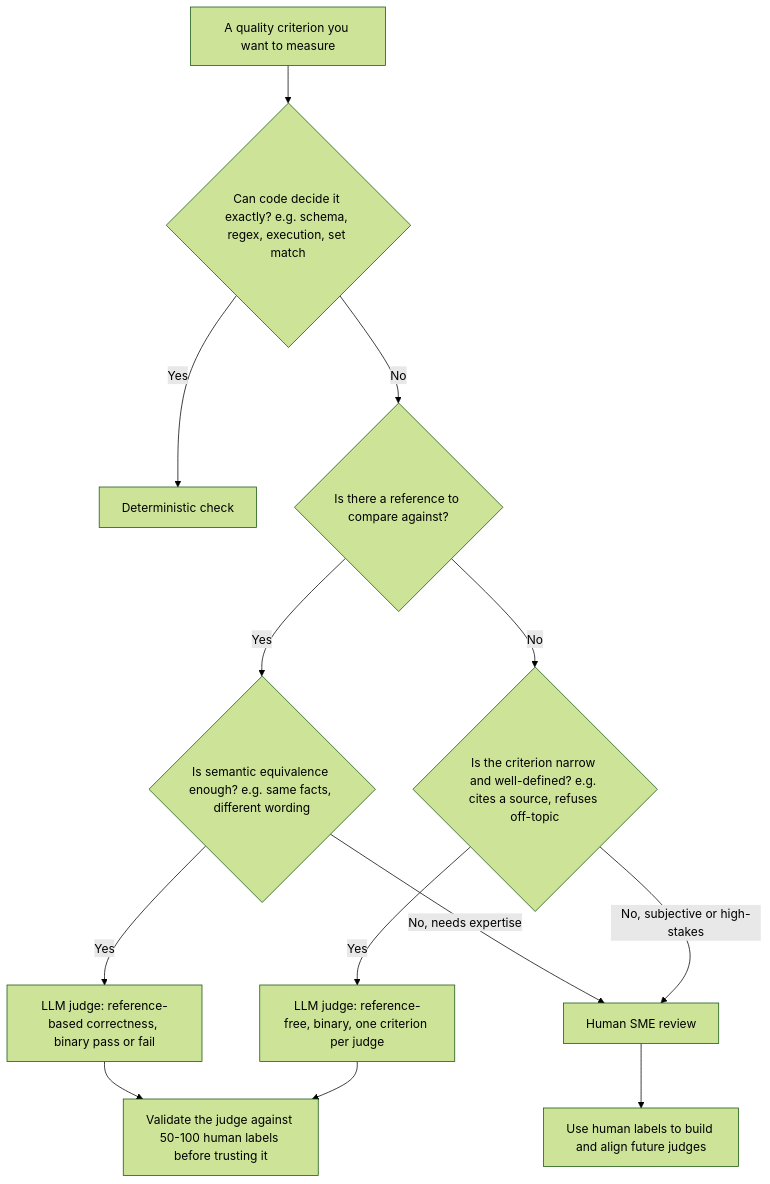
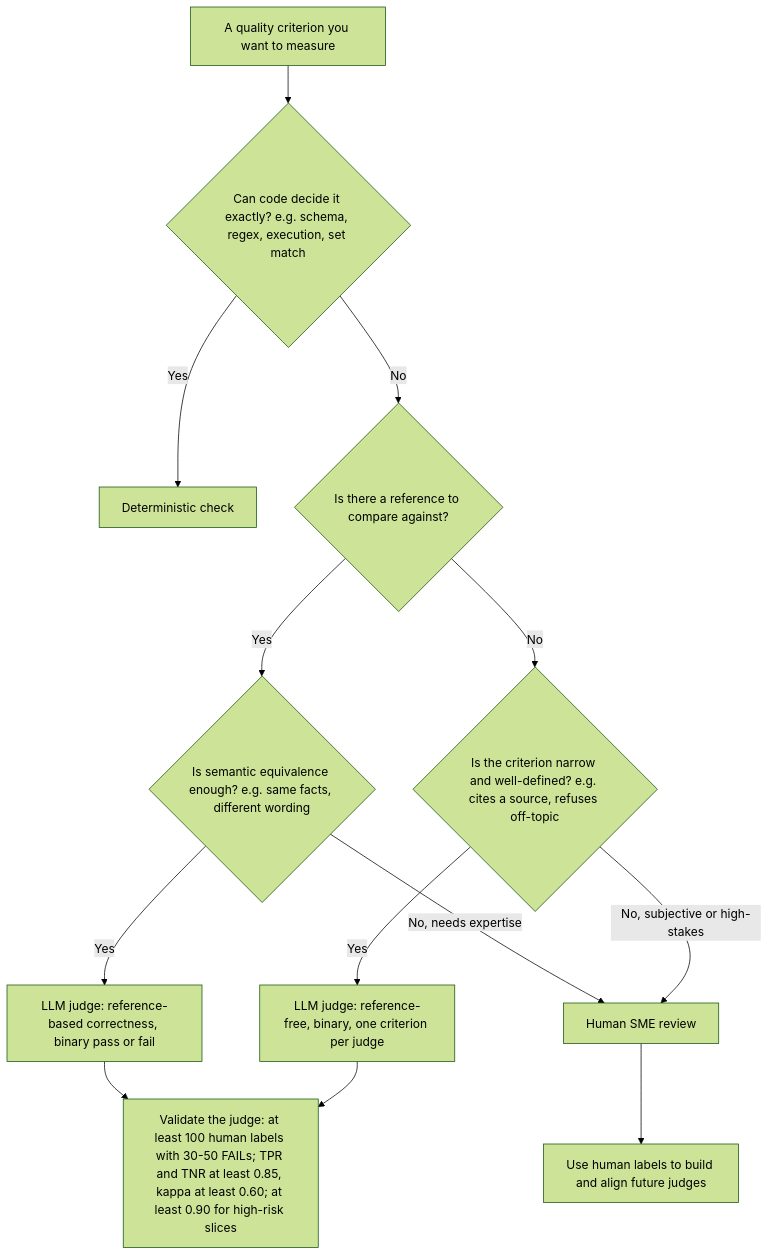
One commit to Sarangk90/awesome-agent-evals-and-guardrails changed the second of 4 diagrams in research/05-decision-framework/01-eval-selection-decision-tree.md. Above: the diagram before and after it, drawn with Mermaid (forest theme). The commit also changed other lines of this file and 5 other files, not shown here.

````diff
--- a/research/05-decision-framework/01-eval-selection-decision-tree.md
+++ b/research/05-decision-framework/01-eval-selection-decision-tree.md
@@ -188,15 +195,15 @@
 ```mermaid
 flowchart TD
     A["A quality criterion you want to measure"] --> B{"Can code decide it exactly? e.g. schema, regex, execution, set match"}
     B -- Yes --> D["Deterministic check"]
     B -- No --> C{"Is there a reference to compare against?"}
     C -- Yes --> C1{"Is semantic equivalence enough? e.g. same facts, different wording"}
     C1 -- Yes --> J1["LLM judge: reference-based correctness, binary pass or fail"]
     C1 -->|"No, needs expertise"| H["Human SME review"]
     C -- No --> E{"Is the criterion narrow and well-defined? e.g. cites a source, refuses off-topic"}
     E -- Yes --> J2["LLM judge: reference-free, binary, one criterion per judge"]
     E -->|"No, subjective or high-stakes"| H
-    J1 --> V["Validate the judge against 50-100 human labels before trusting it"]
+    J1 --> V["Validate the judge: at least 100 human labels with 30-50 FAILs; TPR and TNR at least 0.85, kappa at least 0.60; at least 0.90 for high-risk slices"]
     J2 --> V
     H --> V2["Use human labels to build and align future judges"]
 ```
````
